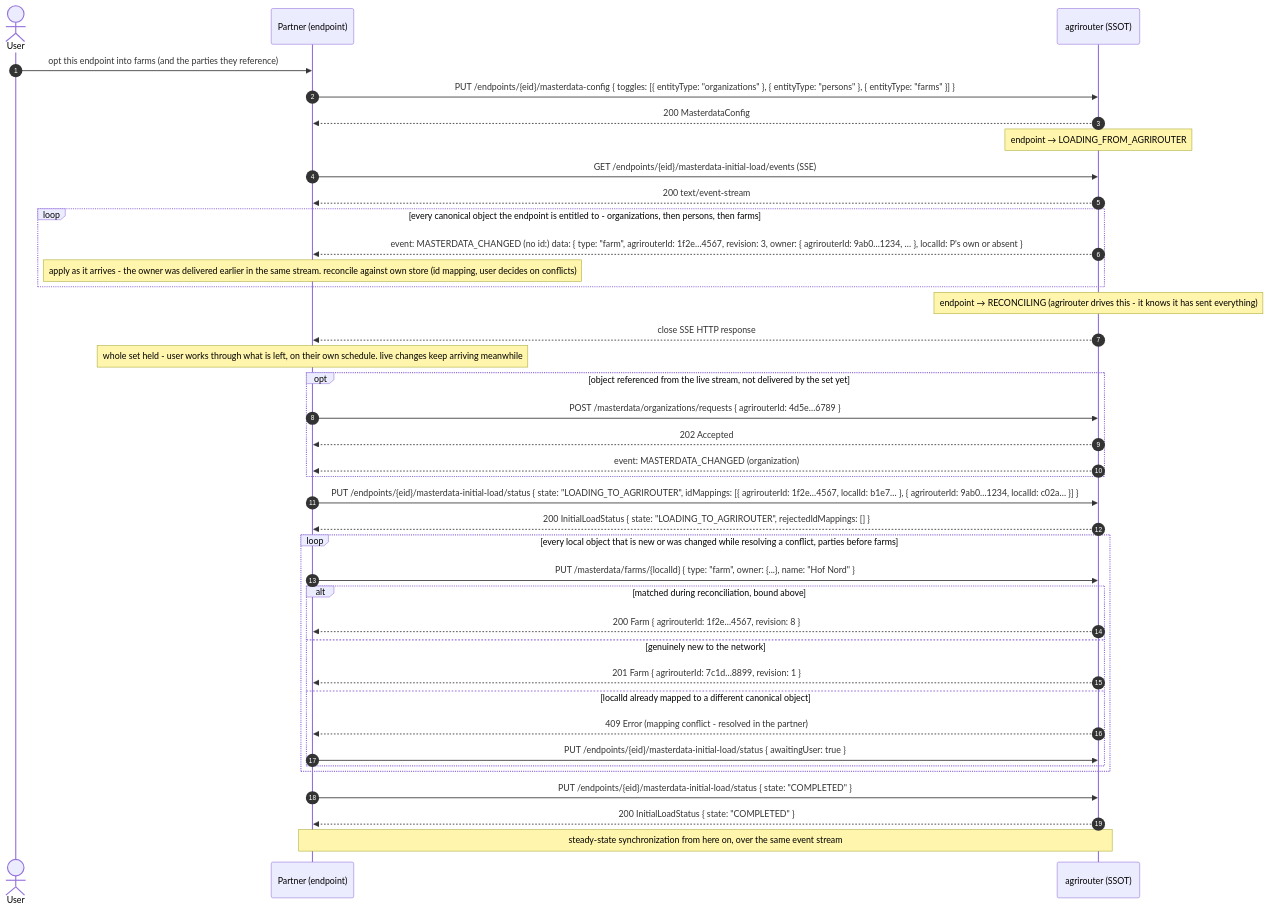
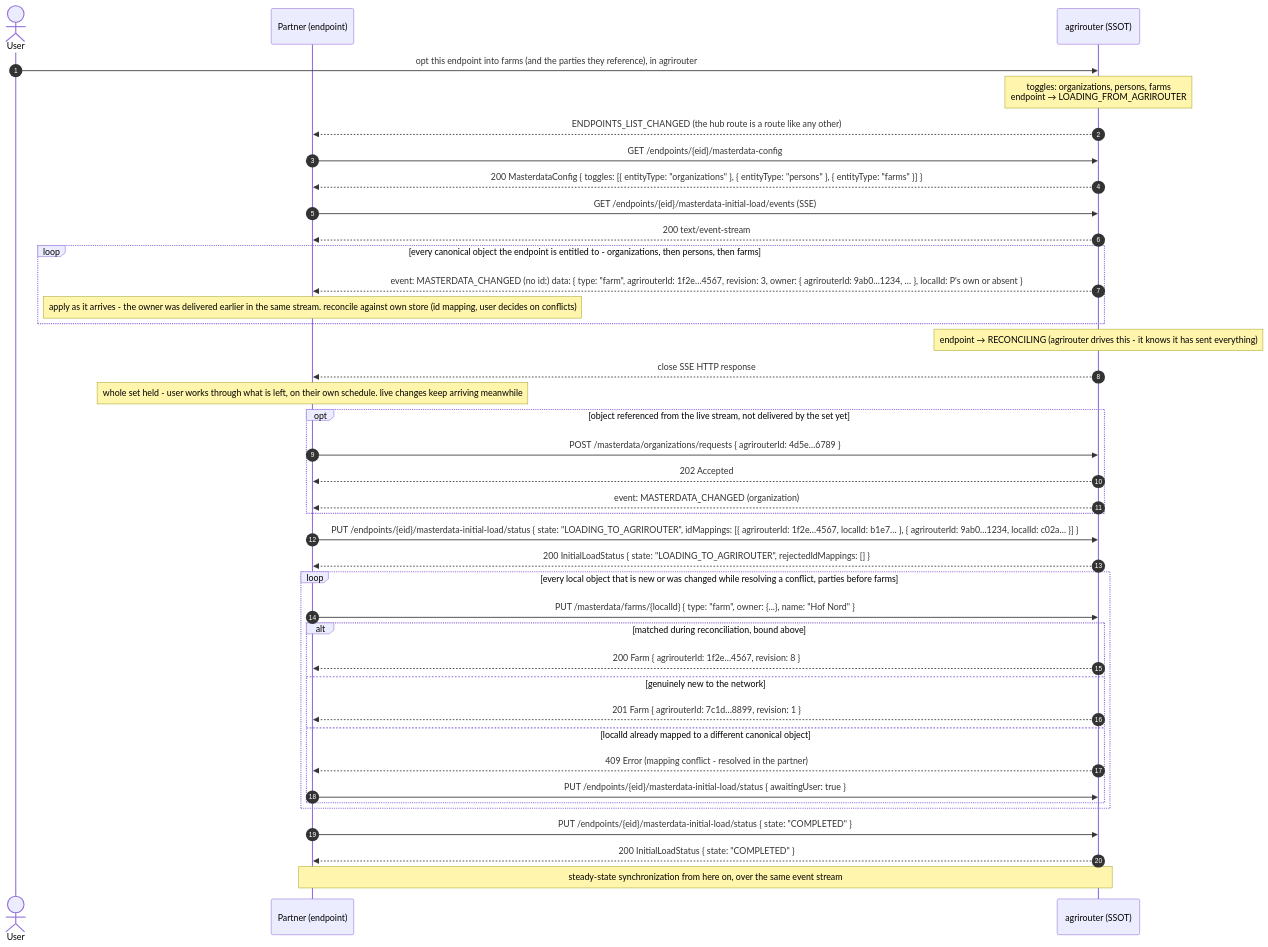
Before and after one commit to DKE-Data/masterdata-sync-working-group: the second of 3 diagrams in architecture/06-initial-load.md, drawn with Mermaid. The commit also changed other lines of this file and 7 other files, not shown here.

Commit message:
Remove PUT on organization: initial load only started by user in agrirouter

````diff
--- a/architecture/06-initial-load.md
+++ b/architecture/06-initial-load.md
@@ -106,47 +94,48 @@
 ```mermaid
 %% ceasg:{"id":"8xpvwi5e"} %%
 sequenceDiagram
     autonumber
     actor U as User
     participant P as Partner (endpoint)
     participant AR as agrirouter (SSOT)
 
-    U->>P: opt this endpoint into farms (and the parties they reference)
-    P->>AR: PUT /endpoints/{eid}/masterdata-config { toggles: [{ entityType: "organizations" }, { entityType: "persons" }, { entityType: "farms" }] }
-    AR-->>P: 200 MasterdataConfig
-    Note over AR: endpoint → LOADING_FROM_AGRIROUTER
+    U->>AR: opt this endpoint into farms (and the parties they reference), in agrirouter
+    Note over AR: toggles: organizations, persons, farms<br/>endpoint → LOADING_FROM_AGRIROUTER
+    AR-->>P: ENDPOINTS_LIST_CHANGED (the hub route is a route like any other)
+    P->>AR: GET /endpoints/{eid}/masterdata-config
+    AR-->>P: 200 MasterdataConfig { toggles: [{ entityType: "organizations" }, { entityType: "persons" }, { entityType: "farms" }] }
 
     P->>AR: GET /endpoints/{eid}/masterdata-initial-load/events (SSE)
     AR-->>P: 200 text/event-stream
     loop every canonical object the endpoint is entitled to - organizations, then persons, then farms
         AR-->>P: event: MASTERDATA_CHANGED (no id:) data: { type: "farm", agrirouterId: 1f2e…4567, revision: 3, owner: { agrirouterId: 9ab0…1234, … }, localId: P's own or absent }
         Note over P: apply as it arrives - the owner was delivered earlier in the same stream. reconcile against own store (id mapping, user decides on conflicts)
     end
     Note over AR: endpoint → RECONCILING (agrirouter drives this - it knows it has sent everything)
     AR-->>P: close SSE HTTP response
     Note over P: whole set held - user works through what is left, on their own schedule. live changes keep arriving meanwhile
     opt object referenced from the live stream, not delivered by the set yet
         P->>AR: POST /masterdata/organizations/requests { agrirouterId: 4d5e…6789 }
         AR-->>P: 202 Accepted
         AR-->>P: event: MASTERDATA_CHANGED (organization)
     end
 
     P->>AR: PUT /endpoints/{eid}/masterdata-initial-load/status { state: "LOADING_TO_AGRIROUTER", idMappings: [{ agrirouterId: 1f2e…4567, localId: b1e7… }, { agrirouterId: 9ab0…1234, localId: c02a… }] }
     AR-->>P: 200 InitialLoadStatus { state: "LOADING_TO_AGRIROUTER", rejectedIdMappings: [] }
 
     loop every local object that is new or was changed while resolving a conflict, parties before farms
         P->>AR: PUT /masterdata/farms/{localId} { type: "farm", owner: {...}, name: "Hof Nord" }
         alt matched during reconciliation, bound above
             AR-->>P: 200 Farm { agrirouterId: 1f2e…4567, revision: 8 }
         else genuinely new to the network
             AR-->>P: 201 Farm { agrirouterId: 7c1d…8899, revision: 1 }
         else localId already mapped to a different canonical object
             AR-->>P: 409 Error (mapping conflict - resolved in the partner)
             P->>AR: PUT /endpoints/{eid}/masterdata-initial-load/status { awaitingUser: true }
         end
     end
 
     P->>AR: PUT /endpoints/{eid}/masterdata-initial-load/status { state: "COMPLETED" }
     AR-->>P: 200 InitialLoadStatus { state: "COMPLETED" }
     Note over P,AR: steady-state synchronization from here on, over the same event stream
 ```
````
